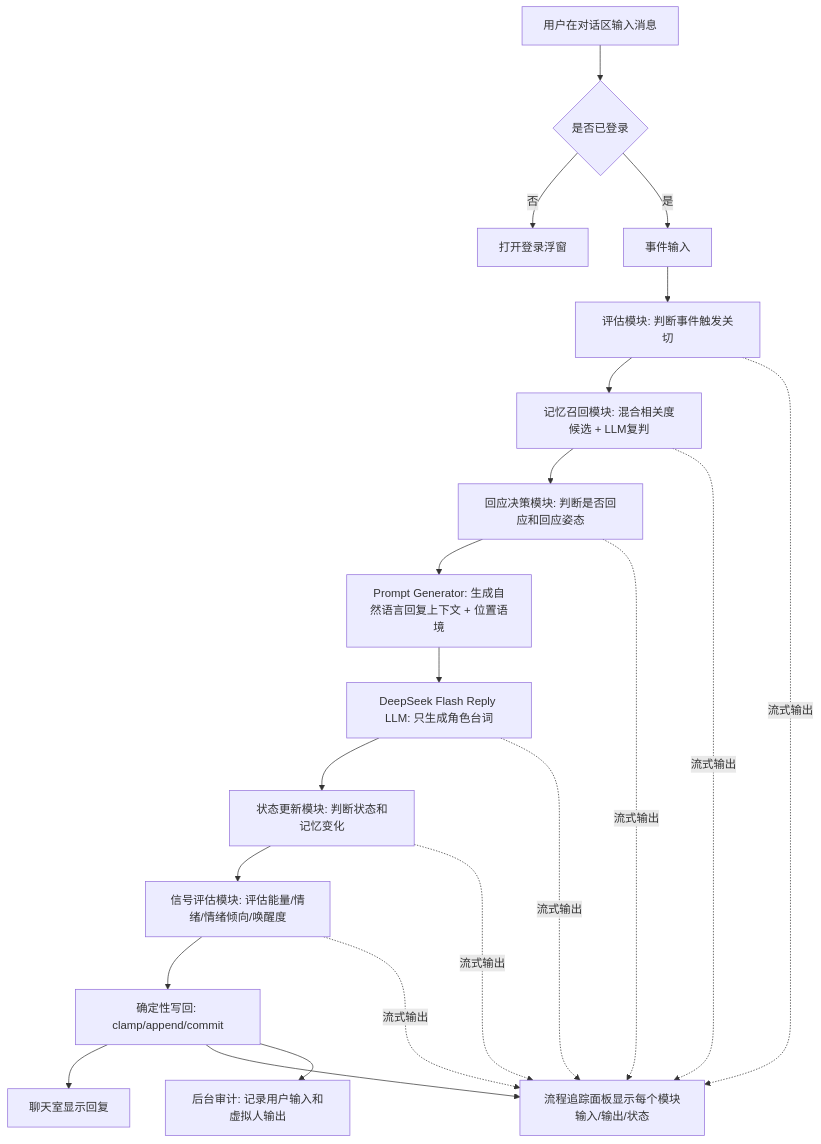
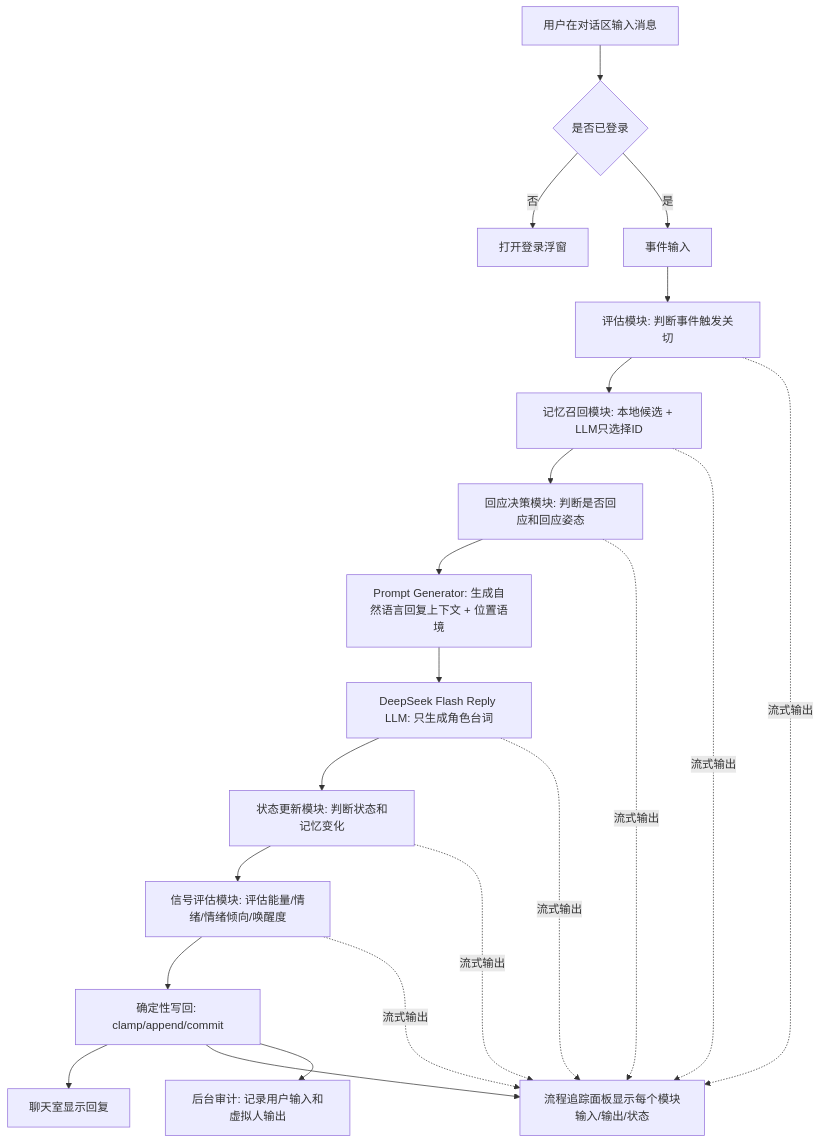
Before and after one commit to ttmanthatman/virtual-human-flow: the fourth of 31 diagrams in docs/SYSTEM_FLOW.md, drawn with Mermaid. The commit also changed other lines of this file and 6 other files, not shown here.

````diff
--- a/docs/SYSTEM_FLOW.md
+++ b/docs/SYSTEM_FLOW.md
@@ -109,23 +109,23 @@
 ```mermaid
 flowchart TD
     U[用户在对话区输入消息] --> AUTH{是否已登录}
     AUTH -- 否 --> LOGIN[打开登录浮窗]
     AUTH -- 是 --> E[事件输入]
     E --> A[评估模块: 判断事件触发关切]
-    A --> M[记忆召回模块: 混合相关度候选 + LLM复判]
+    A --> M[记忆召回模块: 本地候选 + LLM只选择ID]
     M --> D[回应决策模块: 判断是否回应和回应姿态]
     D --> P[Prompt Generator: 生成自然语言回复上下文 + 位置语境]
     P --> R[DeepSeek Flash Reply LLM: 只生成角色台词]
     R --> S[状态更新模块: 判断状态和记忆变化]
     S --> G[信号评估模块: 评估能量/情绪/情绪倾向/唤醒度]
     G --> W[确定性写回: clamp/append/commit]
     W --> C[聊天室显示回复]
     W --> T[流程追踪面板显示每个模块输入/输出/状态]
     W --> AUDIT[后台审计: 记录用户输入和虚拟人输出]
     A -. 流式输出 .-> T
     M -. 流式输出 .-> T
     D -. 流式输出 .-> T
     R -. 流式输出 .-> T
     S -. 流式输出 .-> T
     G -. 流式输出 .-> T
 ```
````
